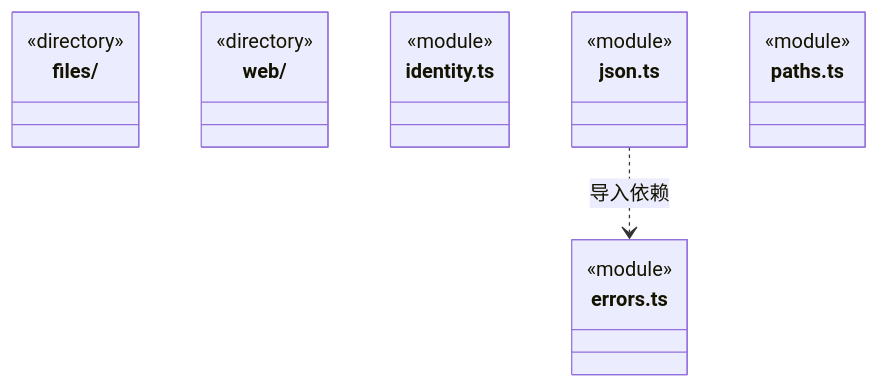
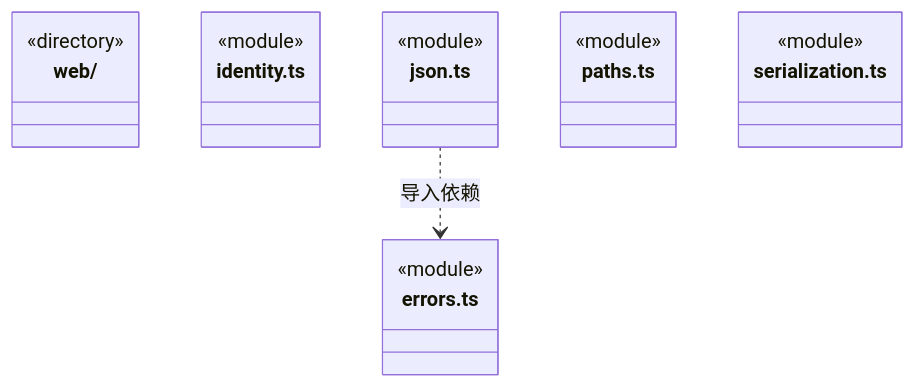
The first of 3 diagrams in src/backend/core/foundation/ARCHITECTURE.md (nan023062/cbim), drawn with Mermaid before and after one commit. The commit also changed other lines of this file and 161 other files, not shown here.

````diff
--- a/src/backend/core/foundation/ARCHITECTURE.md
+++ b/src/backend/core/foundation/ARCHITECTURE.md
@@ -21,22 +21,22 @@
 ```mermaid
 classDiagram
-class N_src_backend_core_foundation_files["files/"] {
-  <<directory>>
-}
 class N_src_backend_core_foundation_web["web/"] {
   <<directory>>
 }
 class N_src_backend_core_foundation_errors_ts["errors.ts"] {
   <<module>>
 }
 class N_src_backend_core_foundation_identity_ts["identity.ts"] {
   <<module>>
 }
 class N_src_backend_core_foundation_json_ts["json.ts"] {
   <<module>>
 }
 class N_src_backend_core_foundation_paths_ts["paths.ts"] {
   <<module>>
 }
+class N_src_backend_core_foundation_serialization_ts["serialization.ts"] {
+  <<module>>
+}
 N_src_backend_core_foundation_json_ts ..> N_src_backend_core_foundation_errors_ts : 导入依赖
 ```
````
